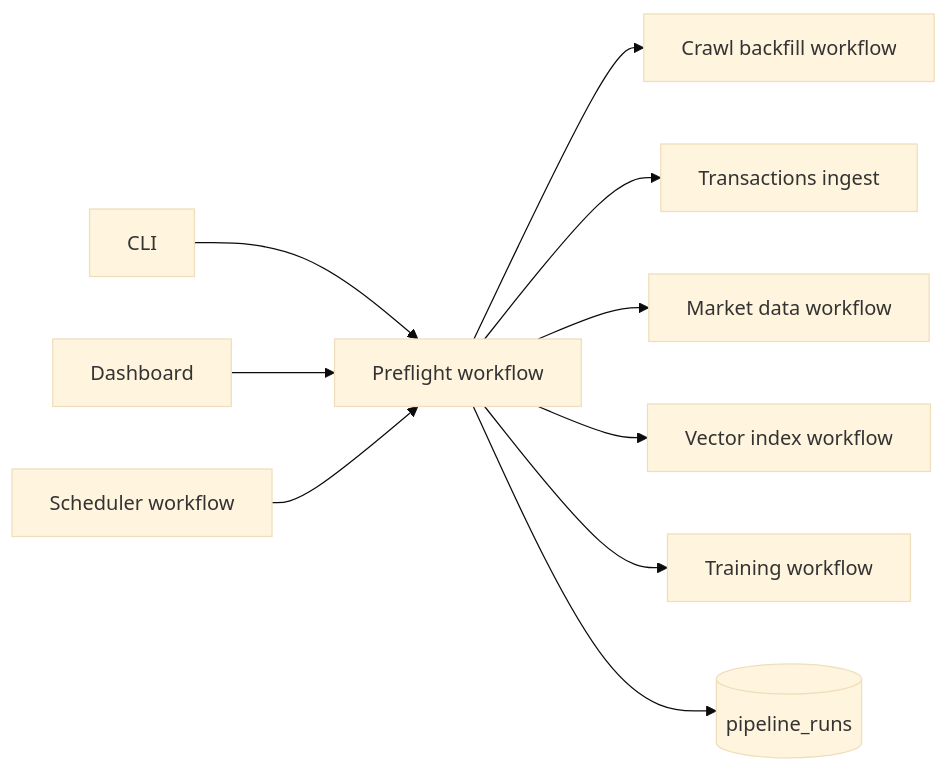
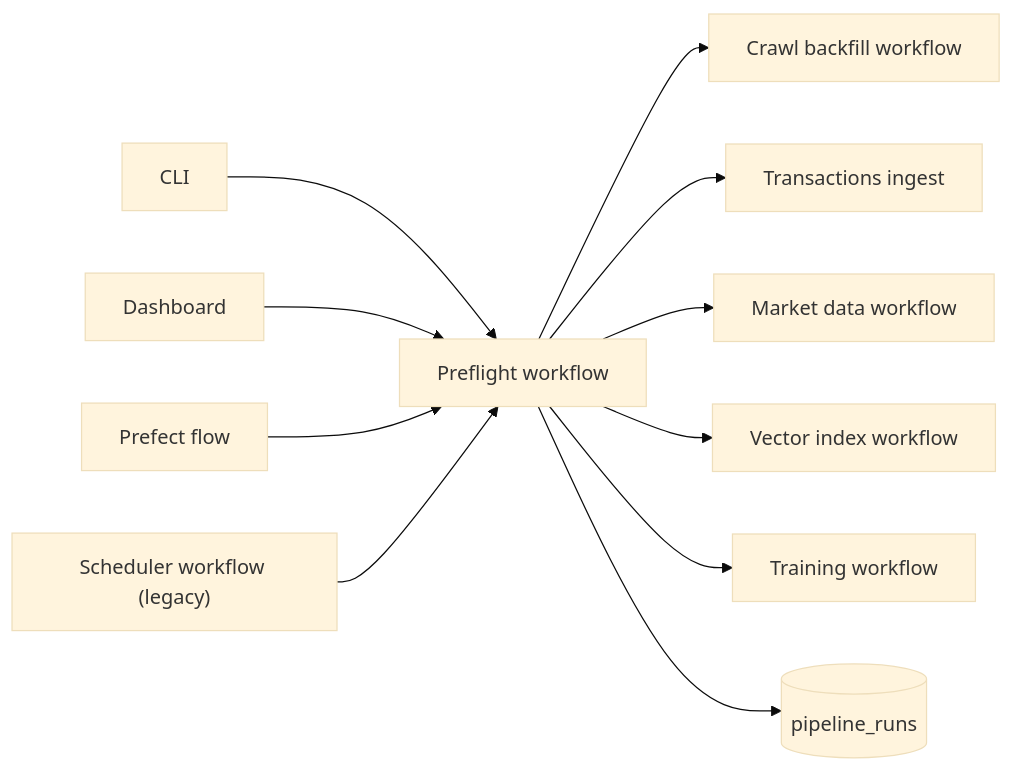
The first of 4 diagrams in docs/02_data_pipeline.md (Nirtzur0/PropertyScanner), drawn with Mermaid (base theme) before and after one commit. The commit also changed other lines of this file and 58 other files, not shown here.

````diff
--- a/docs/02_data_pipeline.md
+++ b/docs/02_data_pipeline.md
@@ -9,12 +9,13 @@
 ```mermaid
 flowchart LR
     CLI["CLI"] --> Preflight["Preflight workflow"]
     Dash["Dashboard"] --> Preflight
-    Scheduler["Scheduler workflow"] --> Preflight
+    Prefect["Prefect flow"] --> Preflight
+    Scheduler["Scheduler workflow (legacy)"] --> Preflight
     Preflight --> Crawl["Crawl backfill workflow"]
     Preflight --> Transactions["Transactions ingest"]
     Preflight --> MarketData["Market data workflow"]
     Preflight --> Index["Vector index workflow"]
     Preflight --> Train["Training workflow"]
     Preflight --> Runs[("pipeline_runs")]
 ```
````
